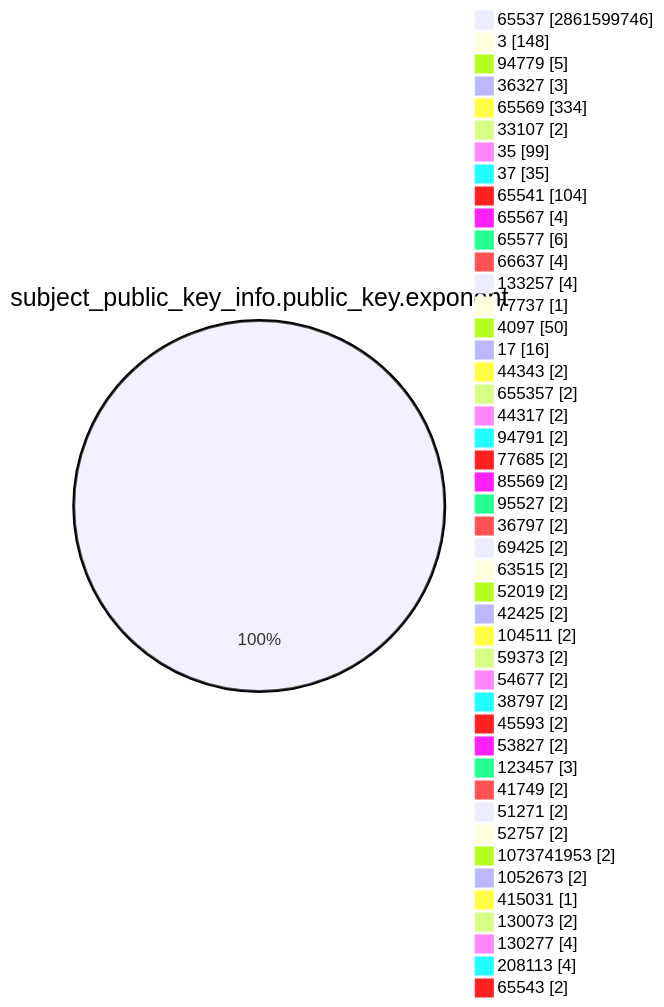
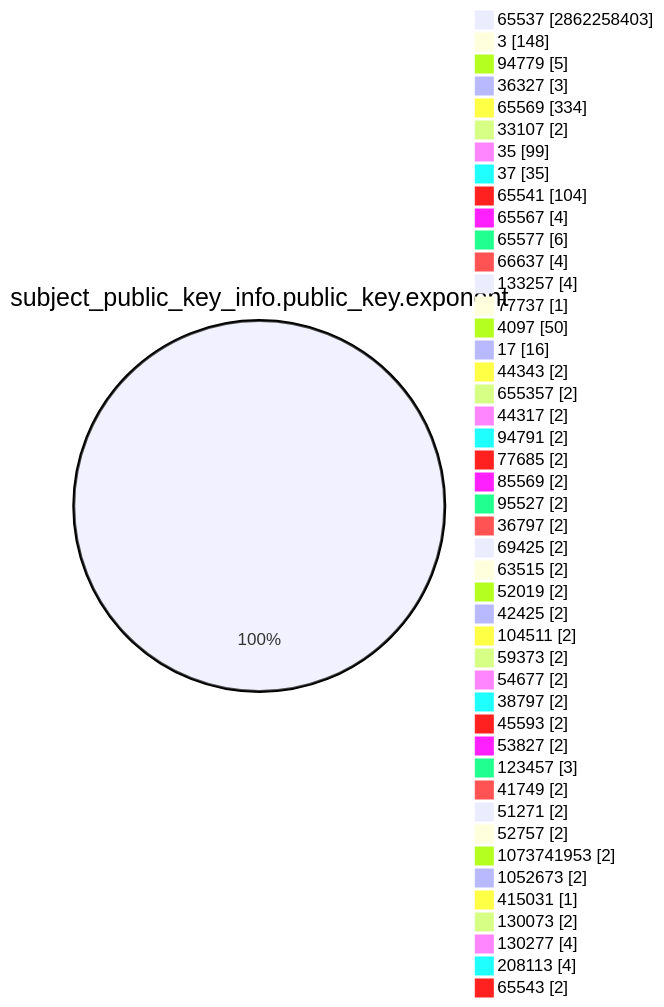
The fourth of 15 diagrams in TOTAL/README.md (christiankrug/ctmonitor_visualization), drawn with Mermaid before and after one commit. The commit also changed other lines of this file, not shown here.

````diff
--- a/TOTAL/README.md
+++ b/TOTAL/README.md
@@ -1468,49 +1468,49 @@
 ```mermaid
 pie showData
 title subject_public_key_info.public_key.exponent
-"65537" :2861599746
+"65537" :2862258403
 "3" :148
 "94779" :5
 "36327" :3
 "65569" :334
 "33107" :2
 "35" :99
 "37" :35
 "65541" :104
 "65567" :4
 "65577" :6
 "66637" :4
 "133257" :4
 "77737" :1
 "4097" :50
 "17" :16
 "44343" :2
 "655357" :2
 "44317" :2
 "94791" :2
 "77685" :2
 "85569" :2
 "95527" :2
 "36797" :2
 "69425" :2
 "63515" :2
 "52019" :2
 "42425" :2
 "104511" :2
 "59373" :2
 "54677" :2
 "38797" :2
 "45593" :2
 "53827" :2
 "123457" :3
 "41749" :2
 "51271" :2
 "52757" :2
 "1073741953" :2
 "1052673" :2
 "415031" :1
 "130073" :2
 "130277" :4
 "208113" :4
 "65543" :2
 ```
````
